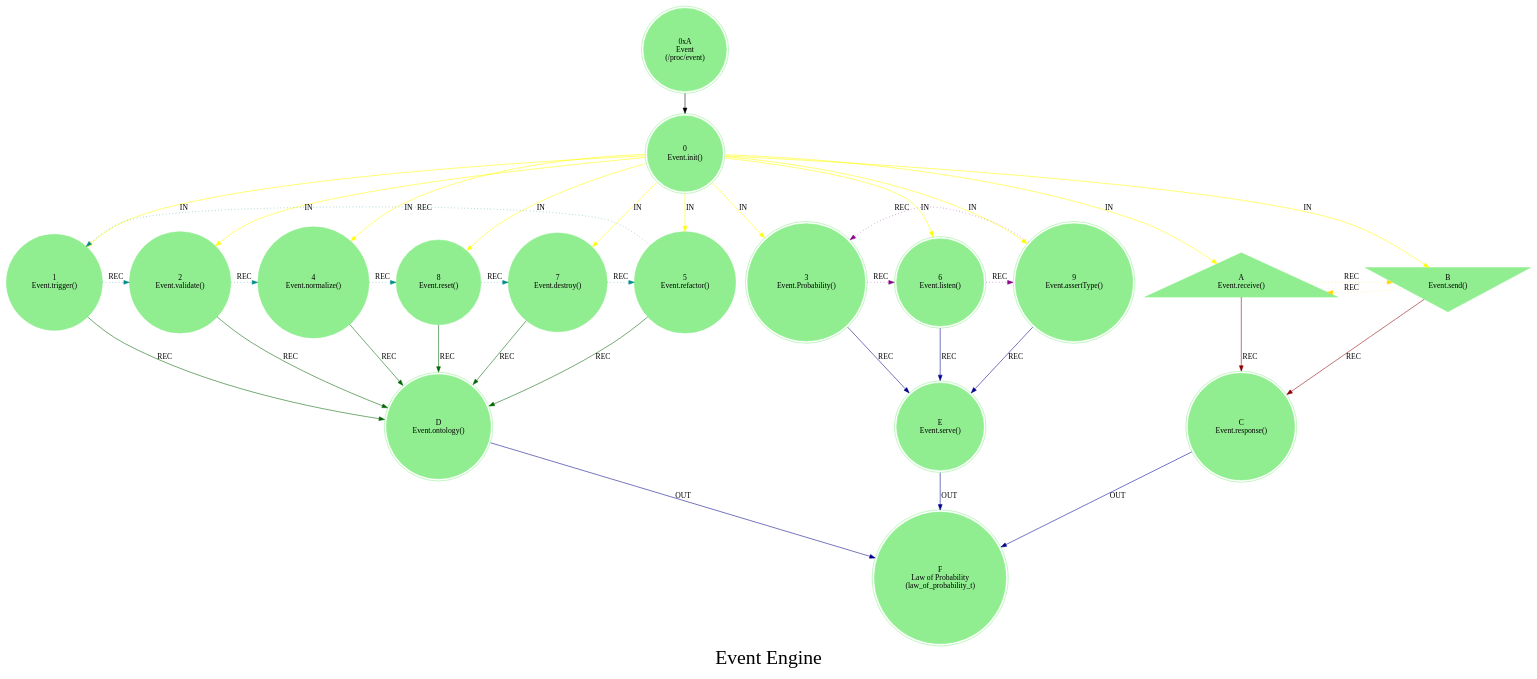
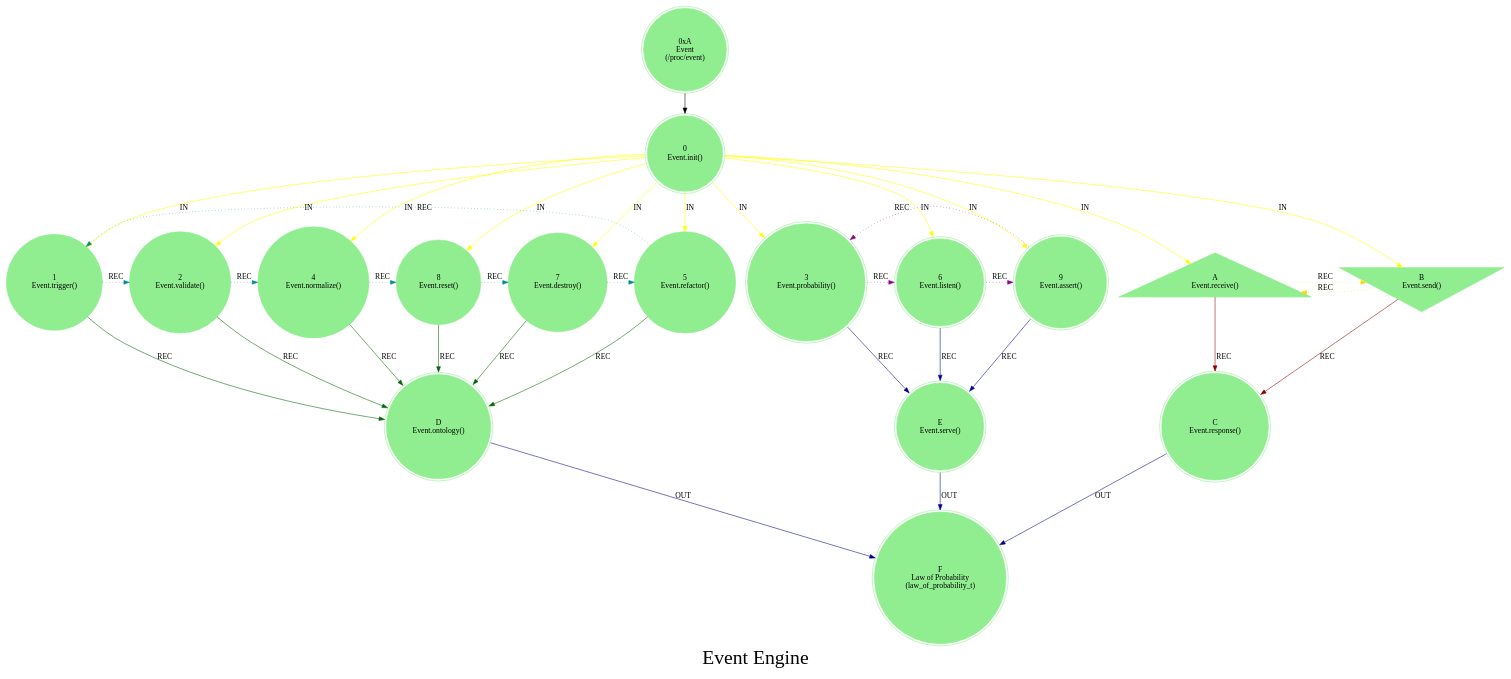
The diagram in src/core/mythos_proc_event.dot (cilang/mythos), drawn with Graphviz before and after one commit. The commit also changed 14 other files, not shown here.

```diff
--- a/src/core/mythos_proc_event.dot
+++ b/src/core/mythos_proc_event.dot
@@ -1,44 +1,44 @@
 strict digraph G {
     label = "Event Engine";
     style = filled;
     color = lightgrey;
     fontsize = "36";
     comment = "";
     node [shape = circle; style = filled; color = lightgreen;];
     
     spark_a_mythos_t [label = "0xA\nEvent\n(/proc/event)";shape = doublecircle;];
     
     spark_0_event_t [label = "0\nEvent.init()";shape = doublecircle;comment = "Engine Init";];
     spark_1_event_t [label = "1\nEvent.trigger()";shape = circle;comment = "";];
     spark_2_event_t [label = "2\nEvent.validate()";shape = circle;comment = "";];
     spark_4_event_t [label = "4\nEvent.normalize()";shape = circle;comment = "";];
     spark_8_event_t [label = "8\nEvent.reset()";shape = circle;comment = "";];
     spark_7_event_t [label = "7\nEvent.destroy()";shape = circle;comment = "";];
     spark_5_event_t [label = "5\nEvent.refactor()";shape = circle;comment = "";];
-    spark_3_event_t [label = "3\nEvent.Probability()";shape = doublecircle;comment = "";];
+    spark_3_event_t [label = "3\nEvent.probability()";shape = doublecircle;comment = "";];
     spark_6_event_t [label = "6\nEvent.listen()";shape = doublecircle;comment = "";];
-    spark_9_event_t [label = "9\nEvent.assertType()";shape = doublecircle;comment = "";];
+    spark_9_event_t [label = "9\nEvent.assert()";shape = doublecircle;comment = "";];
     spark_a_event_t [label = "A\nEvent.receive()";shape = triangle;comment = "";];
     spark_b_event_t [label = "B\nEvent.send()";shape = invtriangle;comment = "";];
     spark_c_event_t [label = "C\nEvent.response()";shape = doublecircle;comment = "";];
     spark_d_event_t [label = "D\nEvent.ontology()";shape = doublecircle;comment = "";];
     spark_e_event_t [label = "E\nEvent.serve()";shape = doublecircle;comment = "`/proc/event`";];
     spark_f_event_t [label = "F\nLaw of Probability\n(law_of_probability_t)";shape = doublecircle;comment = "";];
     
     // IN = Input
     // OUT = Output
     // REC = Recursion
     spark_0_event_t -> {spark_a_event_t spark_b_event_t spark_1_event_t spark_2_event_t spark_3_event_t spark_4_event_t spark_5_event_t spark_6_event_t spark_7_event_t spark_8_event_t spark_9_event_t} [label = "IN"; color = yellow; comment = "";];
     
     {spark_a_event_t spark_b_event_t} -> spark_c_event_t [label = "REC"; color = darkred; comment = "";];
     {spark_1_event_t spark_2_event_t spark_4_event_t spark_8_event_t spark_7_event_t spark_5_event_t} -> spark_d_event_t [label = "REC"; color = darkgreen; comment = "";];
     {spark_3_event_t spark_6_event_t spark_9_event_t} -> spark_e_event_t [label = "REC"; color = darkblue; comment = "";];
     
     spark_1_event_t -> spark_2_event_t -> spark_4_event_t -> spark_8_event_t -> spark_7_event_t -> spark_5_event_t -> spark_1_event_t [label = "REC"; color = darkcyan; comment = ""; style = dotted; constraint = false;];
     spark_3_event_t -> spark_6_event_t -> spark_9_event_t -> spark_3_event_t [label = "REC"; color = darkmagenta; comment = ""; style = dotted; constraint = false;];
     spark_a_event_t -> spark_b_event_t -> spark_a_event_t [label = "REC"; color = gold; comment = ""; style = dotted; constraint = false;];
     
     {spark_c_event_t spark_d_event_t spark_e_event_t} -> spark_f_event_t [label = "OUT"; color = darkblue; comment = "";];
     
     spark_a_mythos_t -> spark_0_event_t;
 }
```
